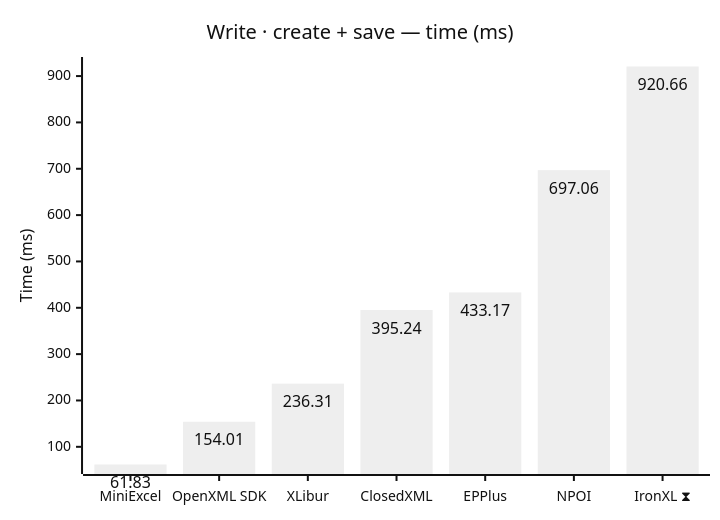
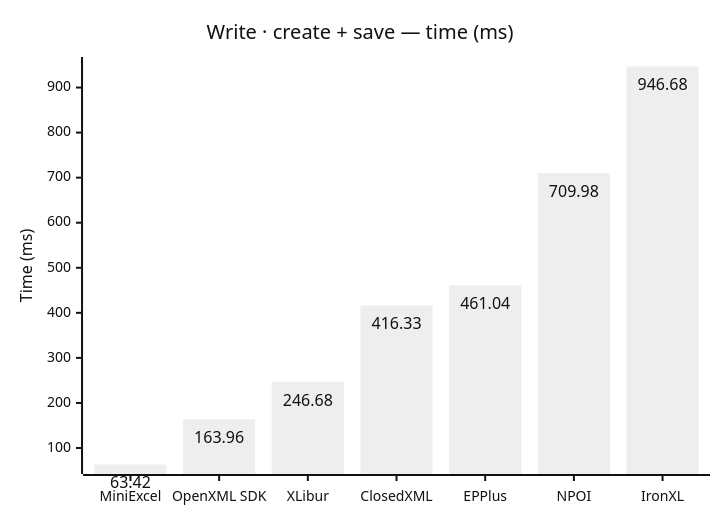
Before and after one commit to jafin/XLBench: the fifth of 12 diagrams in docs/results.md, drawn with Mermaid (neutral theme). The commit also changed other lines of this file and 2 other files, not shown here.

````diff
--- a/docs/results.md
+++ b/docs/results.md
@@ -91,12 +87,12 @@
 ```mermaid
 ---
 config:
   xyChart:
     showDataLabel: true
 ---
 xychart-beta
     title "Write · create + save — time (ms)"
-    x-axis ["MiniExcel", "OpenXML SDK", "XLibur", "ClosedXML", "EPPlus", "NPOI", "IronXL ⧗"]
+    x-axis ["MiniExcel", "OpenXML SDK", "XLibur", "ClosedXML", "EPPlus", "NPOI", "IronXL"]
     y-axis "Time (ms)"
-    bar [61.83, 154.01, 236.31, 395.24, 433.17, 697.06, 920.66]
+    bar [63.42, 163.96, 246.68, 416.33, 461.04, 709.98, 946.68]
 ```
````
